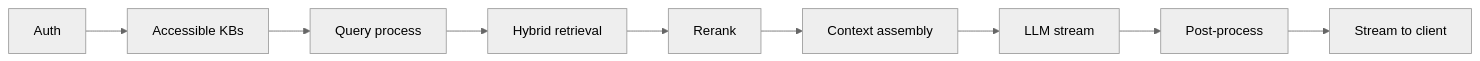
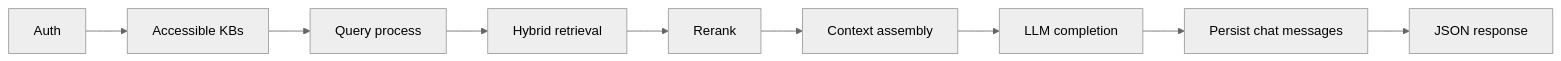
Before and after one commit to aniketgiri96/Ragnetic: the second of 2 diagrams in docs/architecture/data-flows.md, drawn with Mermaid (neutral theme). The commit also changed other lines of this file and 38 other files, not shown here.

````diff
--- a/docs/architecture/data-flows.md
+++ b/docs/architecture/data-flows.md
@@ -27,11 +28,11 @@
 ```mermaid
 flowchart LR
   Auth[Auth] --> KB[Accessible KBs]
   KB --> Query[Query process]
   Query --> Hybrid[Hybrid retrieval]
   Hybrid --> Rerank[Rerank]
   Rerank --> Context[Context assembly]
-  Context --> LLM[LLM stream]
-  LLM --> Post[Post-process]
-  Post --> Client[Stream to client]
+  Context --> LLM[LLM completion]
+  LLM --> Persist[Persist chat messages]
+  Persist --> Client[JSON response]
 ```
````
